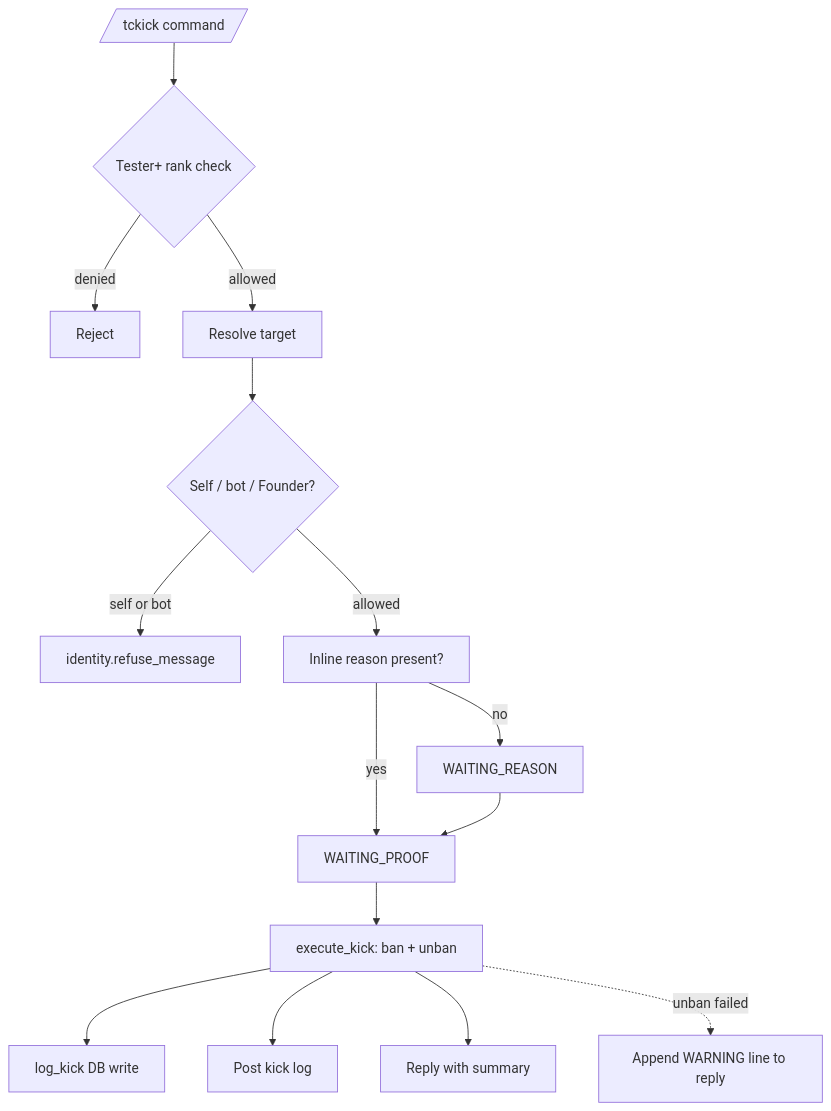
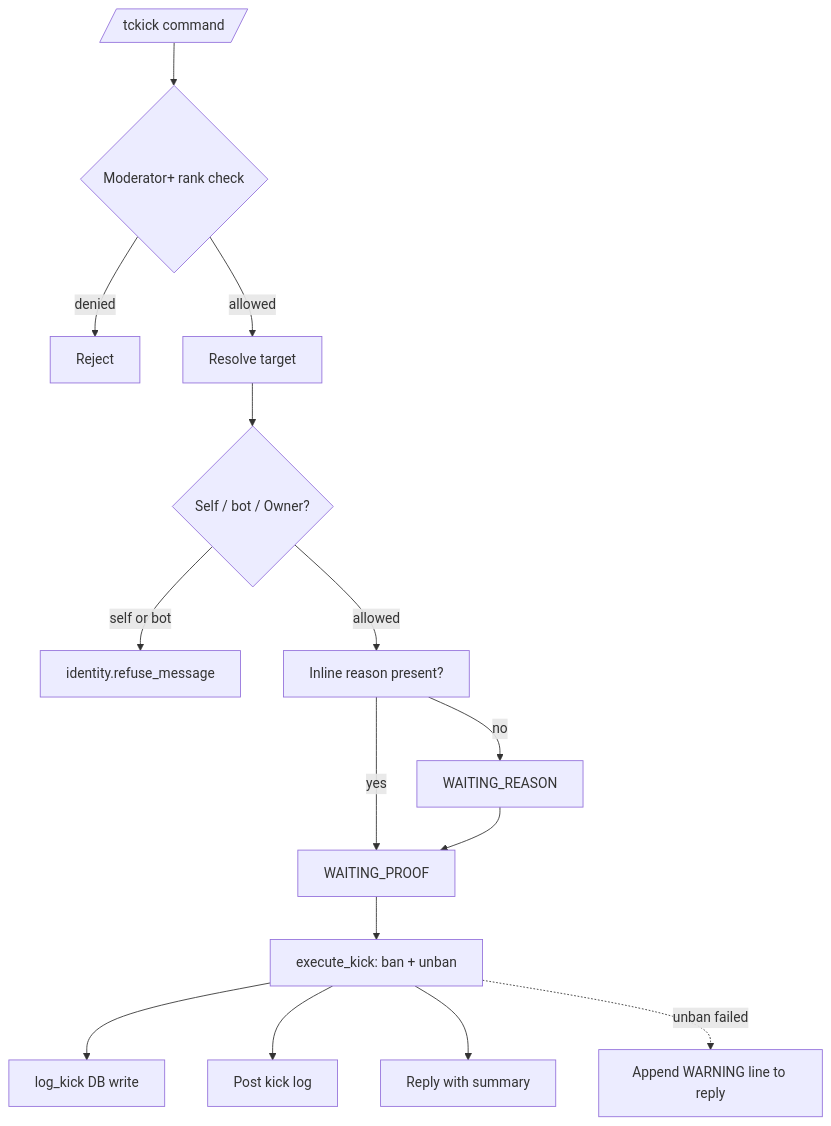
One commit to D1ZZY4/tcbot changed the diagram in docs/features/moderation/kicking.md. Above: the diagram before and after it, drawn with Mermaid. The commit also changed other lines of this file and 82 other files, not shown here.

First line of the commit message:
refactor(roles): rename role vocabulary to owner and moderator

````diff
--- a/docs/features/moderation/kicking.md
+++ b/docs/features/moderation/kicking.md
@@ -12,17 +12,17 @@
 ```mermaid
 flowchart TD
-    Cmd[/tckick command/] --> Perm{Tester+ rank check}
+    Cmd[/tckick command/] --> Perm{Moderator+ rank check}
     Perm -->|denied| End1[Reject]
     Perm -->|allowed| Target[Resolve target]
-    Target --> Ident{Self / bot / Founder?}
+    Target --> Ident{Self / bot / Owner?}
     Ident -->|self or bot| Refuse[identity.refuse_message]
     Ident -->|allowed| ReasonStep[Inline reason present?]
     ReasonStep -->|yes| ProofStep[WAITING_PROOF]
     ReasonStep -->|no| ReasonPrompt[WAITING_REASON]
     ReasonPrompt --> ProofStep
     ProofStep --> Exec[execute_kick: ban + unban]
     Exec --> LogDB[log_kick DB write]
     Exec --> LogChan[Post kick log]
     Exec --> Reply[Reply with summary]
     Exec -.->|unban failed| Warning[Append WARNING line to reply]
 ```
````
